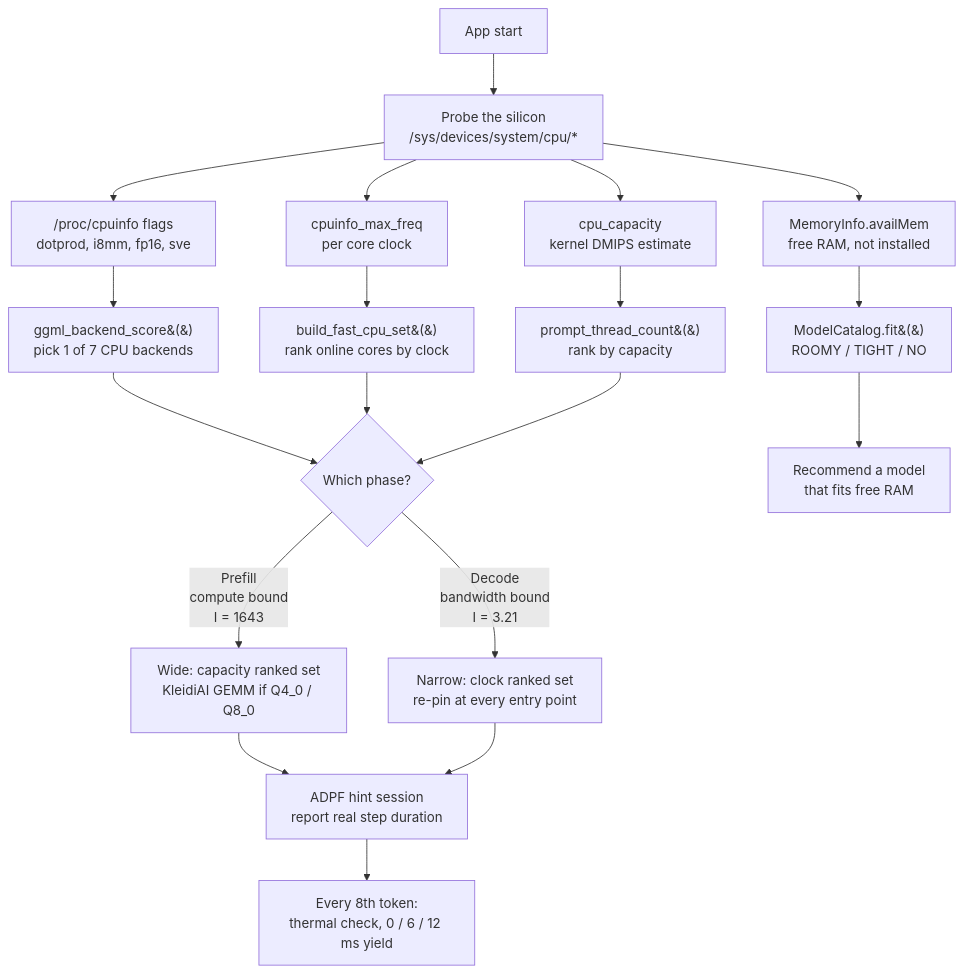
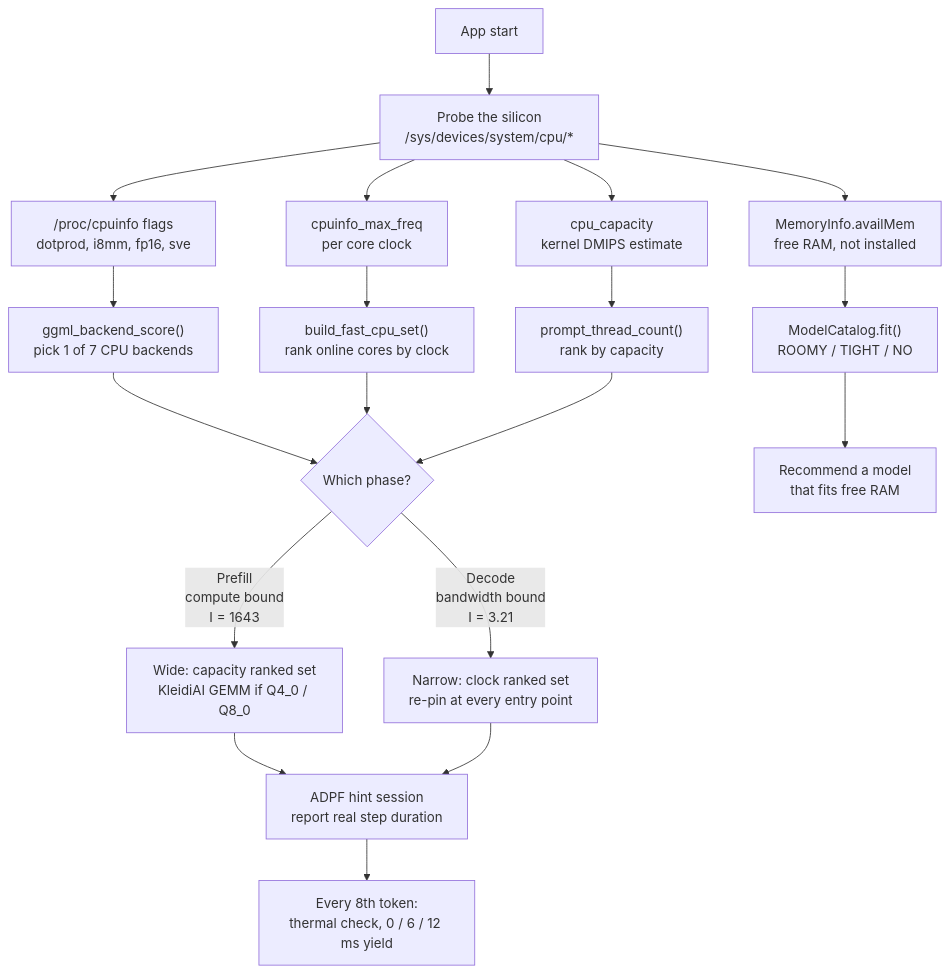
One commit to kkjjkamal123/ENTITY---Arm-Create-AI-Optimization-Challenge changed the second of 2 diagrams in README.md. Above: the diagram before and after it, drawn with Mermaid. The commit also changed other lines of this file and 4 other files, not shown here.

First line of the commit message:
Pre-render the diagrams, and fix four labels that rendered as &(&)

````diff
--- a/README.md
+++ b/README.md
@@ -144,25 +162,25 @@
 ```mermaid
 flowchart TD
     A["App start"] --> B["Probe the silicon<br/>/sys/devices/system/cpu/*"]
     B --> C["cpuinfo_max_freq<br/>per core clock"]
     B --> D["cpu_capacity<br/>kernel DMIPS estimate"]
     B --> E["/proc/cpuinfo flags<br/>dotprod, i8mm, fp16, sve"]
     B --> F["MemoryInfo.availMem<br/>free RAM, not installed"]
 
-    C --> G["build_fast_cpu_set&#40;&#41;<br/>rank online cores by clock"]
-    D --> H["prompt_thread_count&#40;&#41;<br/>rank by capacity"]
-    E --> I["ggml_backend_score&#40;&#41;<br/>pick 1 of 7 CPU backends"]
-    F --> J["ModelCatalog.fit&#40;&#41;<br/>ROOMY / TIGHT / NO"]
+    C --> G["build_fast_cpu_set()<br/>rank online cores by clock"]
+    D --> H["prompt_thread_count()<br/>rank by capacity"]
+    E --> I["ggml_backend_score()<br/>pick 1 of 7 CPU backends"]
+    F --> J["ModelCatalog.fit()<br/>ROOMY / TIGHT / NO"]
 
     I --> K{"Which phase?"}
     G --> K
     H --> K
 
     K -->|"Prefill<br/>compute bound<br/>I = 1643"| L["Wide: capacity ranked set<br/>KleidiAI GEMM if Q4_0 / Q8_0"]
     K -->|"Decode<br/>bandwidth bound<br/>I = 3.21"| M["Narrow: clock ranked set<br/>re-pin at every entry point"]
 
     L --> N["ADPF hint session<br/>report real step duration"]
     M --> N
     N --> O["Every 8th token:<br/>thermal check, 0 / 6 / 12 ms yield"]
     J --> P["Recommend a model<br/>that fits free RAM"]
 ```
````
